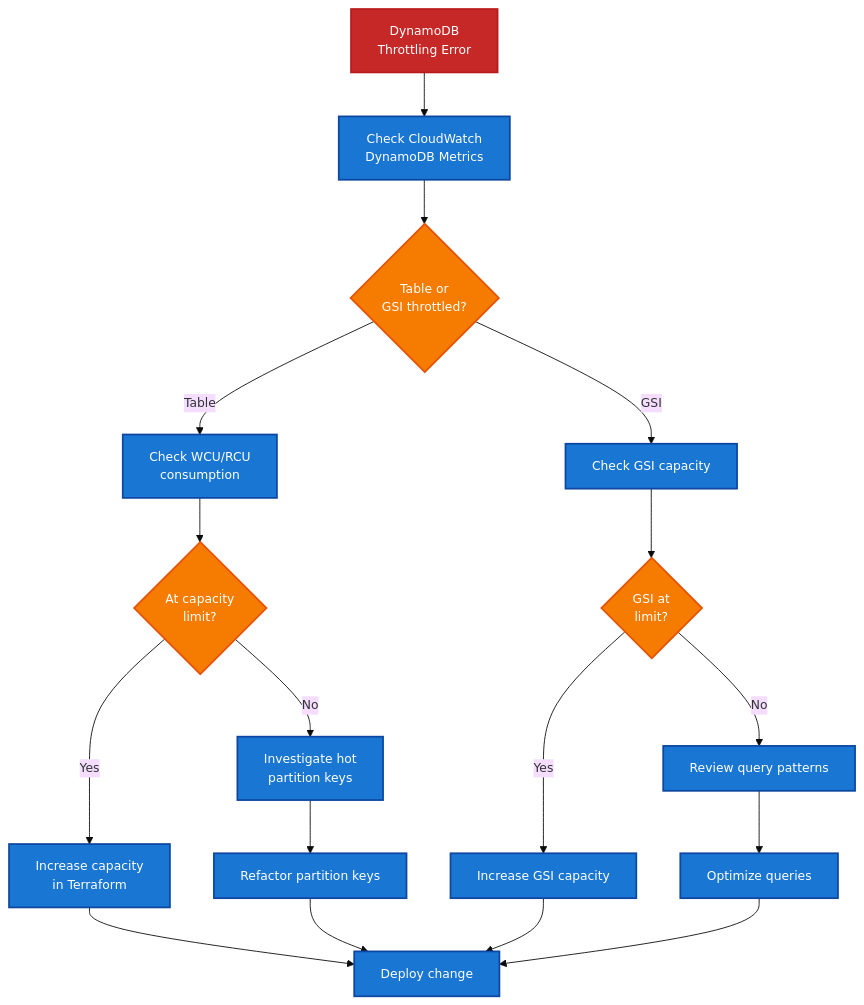
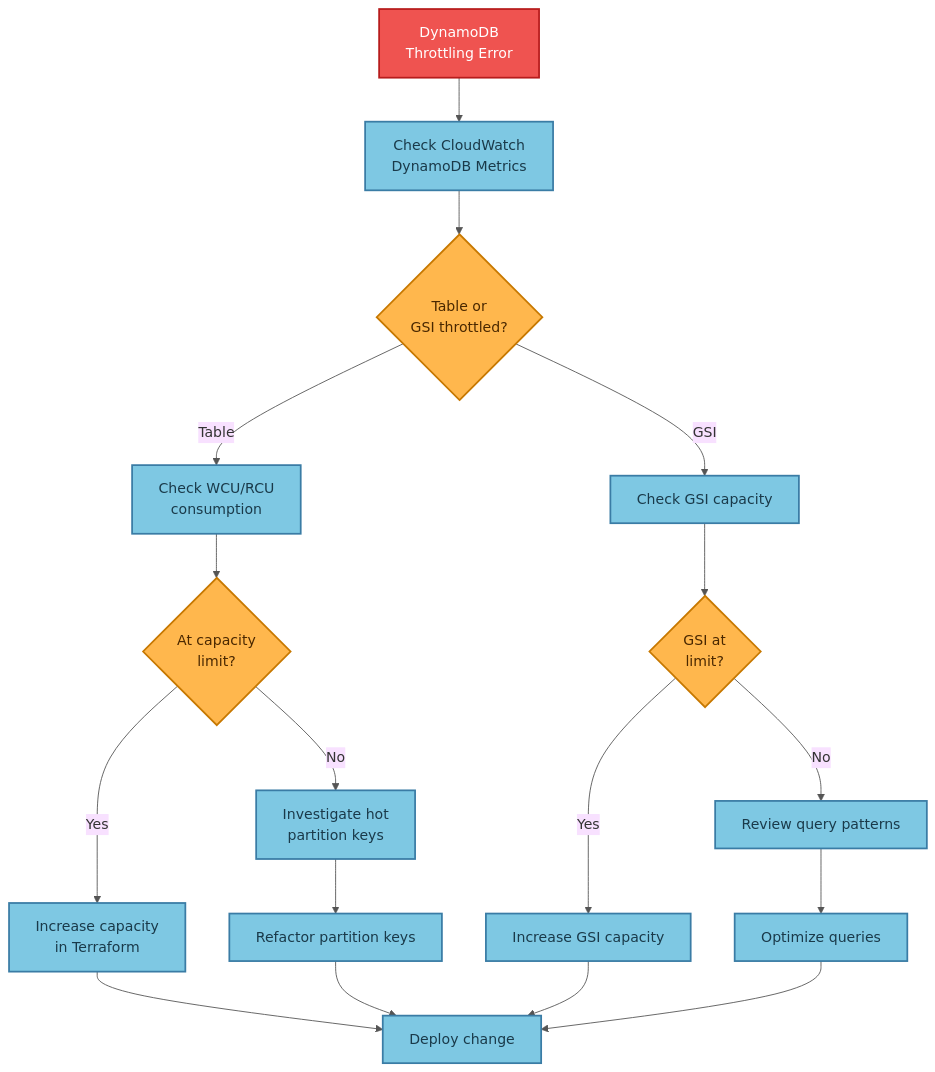
One commit to traylorre/sentiment-analyzer-gsk changed the seventh of 10 diagrams in docs/OPERATIONAL_FLOWS.md. Above: the diagram before and after it, drawn with Mermaid. The commit also changed other lines of this file and 3 other files, not shown here.

First line of the commit message:
docs: Update mermaid diagrams with better contrast colors

````diff
--- a/docs/OPERATIONAL_FLOWS.md
+++ b/docs/OPERATIONAL_FLOWS.md
@@ -345,28 +345,28 @@
 ```mermaid
-%%{init: {'theme':'base', 'themeVariables': {'fontSize':'14px'}}}%%
+%%{init: {'theme':'base', 'themeVariables': {'primaryColor':'#fff8e1', 'primaryTextColor':'#333', 'primaryBorderColor':'#c9a227', 'lineColor':'#555'}}}%%
 flowchart TD
     Throttle[DynamoDB<br/>Throttling Error] --> CheckMetrics[Check CloudWatch<br/>DynamoDB Metrics]
     CheckMetrics --> TableOrIndex{Table or<br/>GSI throttled?}
     TableOrIndex -->|Table| CheckWCU[Check WCU/RCU<br/>consumption]
     TableOrIndex -->|GSI| CheckGSI[Check GSI capacity]
     CheckWCU --> AtLimit{At capacity<br/>limit?}
     AtLimit -->|Yes| IncreaseCapacity[Increase capacity<br/>in Terraform]
     AtLimit -->|No| HotKey[Investigate hot<br/>partition keys]
     CheckGSI --> GSILimit{GSI at<br/>limit?}
     GSILimit -->|Yes| IncreaseGSI[Increase GSI capacity]
     GSILimit -->|No| QueryPattern[Review query patterns]
     IncreaseCapacity --> Deploy[Deploy change]
     IncreaseGSI --> Deploy
     HotKey --> RefactorKeys[Refactor partition keys]
     QueryPattern --> OptimizeQueries[Optimize queries]
     RefactorKeys --> Deploy
     OptimizeQueries --> Deploy
 
-    classDef error fill:#c62828,stroke:#b71c1c,stroke-width:2px,color:#fff
-    classDef decision fill:#f57c00,stroke:#e65100,stroke-width:2px,color:#fff
-    classDef action fill:#1976d2,stroke:#0d47a1,stroke-width:2px,color:#fff
+    classDef errorNode fill:#ef5350,stroke:#b71c1c,stroke-width:2px,color:#fff
+    classDef decisionNode fill:#ffb74d,stroke:#c77800,stroke-width:2px,color:#4a2800
+    classDef actionNode fill:#7ec8e3,stroke:#3a7ca5,stroke-width:2px,color:#1a3a4a
 
-    class Throttle error
-    class TableOrIndex,AtLimit,GSILimit decision
-    class CheckMetrics,CheckWCU,CheckGSI,IncreaseCapacity,HotKey,IncreaseGSI,QueryPattern,RefactorKeys,OptimizeQueries,Deploy action
+    class Throttle errorNode
+    class TableOrIndex,AtLimit,GSILimit decisionNode
+    class CheckMetrics,CheckWCU,CheckGSI,IncreaseCapacity,HotKey,IncreaseGSI,QueryPattern,RefactorKeys,OptimizeQueries,Deploy actionNode
 ```
````
